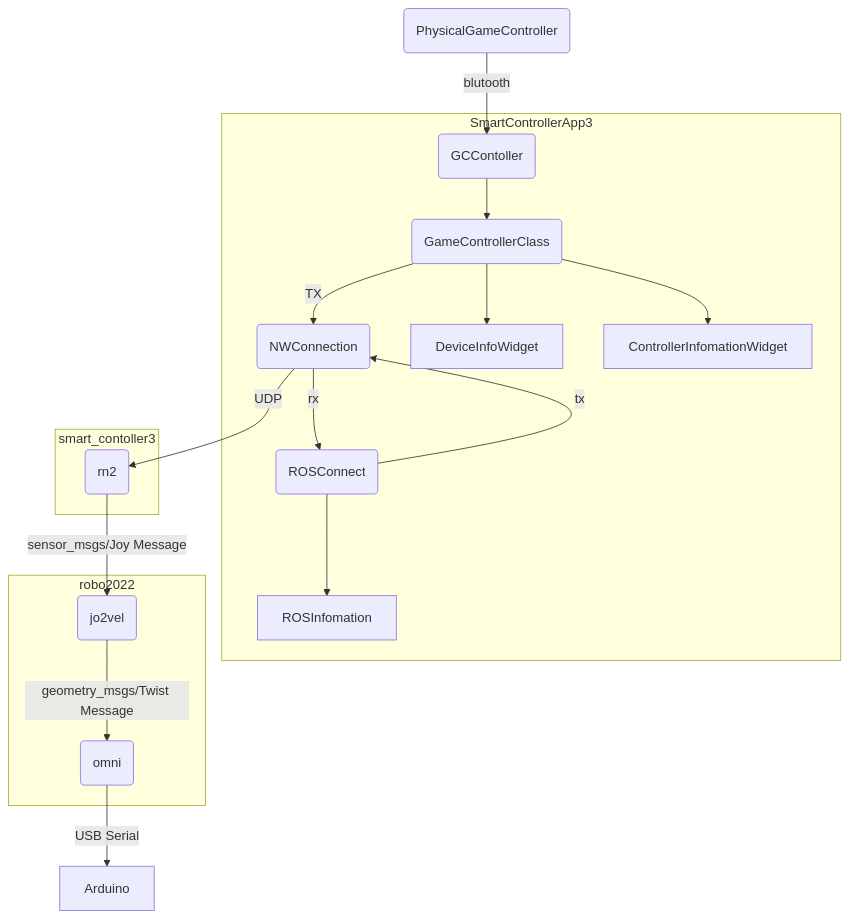
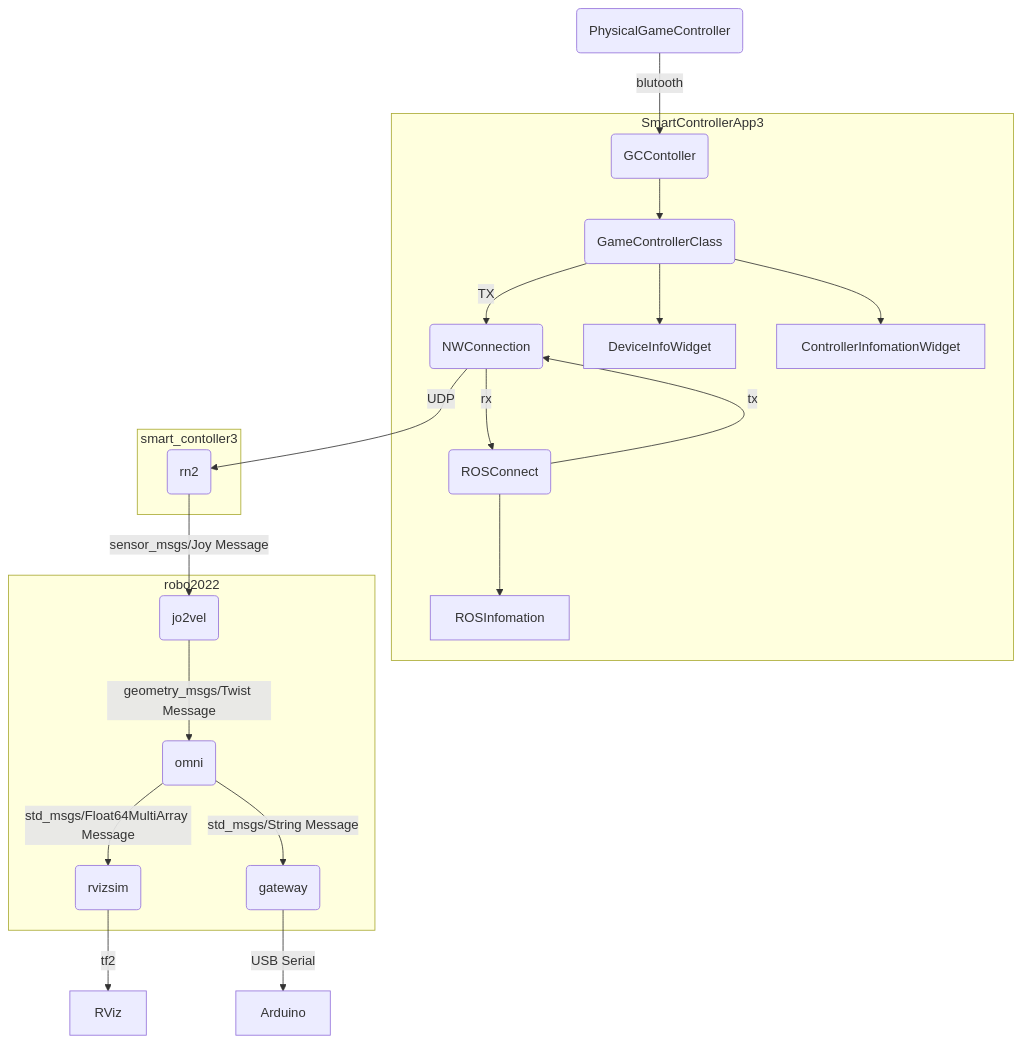
The first of 2 diagrams in README.md (TakanoTaiga/Robo2022), drawn with Mermaid before and after one commit.

````diff
--- a/README.md
+++ b/README.md
@@ -31,26 +31,28 @@
 ```mermaid
 flowchart TD
 
 id1(PhysicalGameController) -- blutooth --> id2(GCContoller)
 subgraph SmartControllerApp3
 id2 --> id3(GameControllerClass)
 id3 -- TX --> id4(NWConnection)
 id3 --> DeviceInfoWidget
 id3 --> ControllerInfomationWidget
 id5(ROSConnect) -- tx --> id4
 id4 -- rx --> id5
 id5 --> ROSInfomation
 end
 
 subgraph smart_contoller3
 id4 -- UDP --> id6(rn2)
 end
 
 subgraph robo2022
 id6 -- sensor_msgs/Joy Message --> id7(jo2vel)
 id7 -- geometry_msgs/Twist Message --> id8(omni)
+id8 -- std_msgs/Float64MultiArray Message --> id9(rvizsim)
+id8 -- std_msgs/String Message --> id10(gateway)
 end
-
-id8 -- USB Serial --> Arduino
+id9 -- tf2 --> RViz
+id10 -- USB Serial --> Arduino
 
 ```
````
